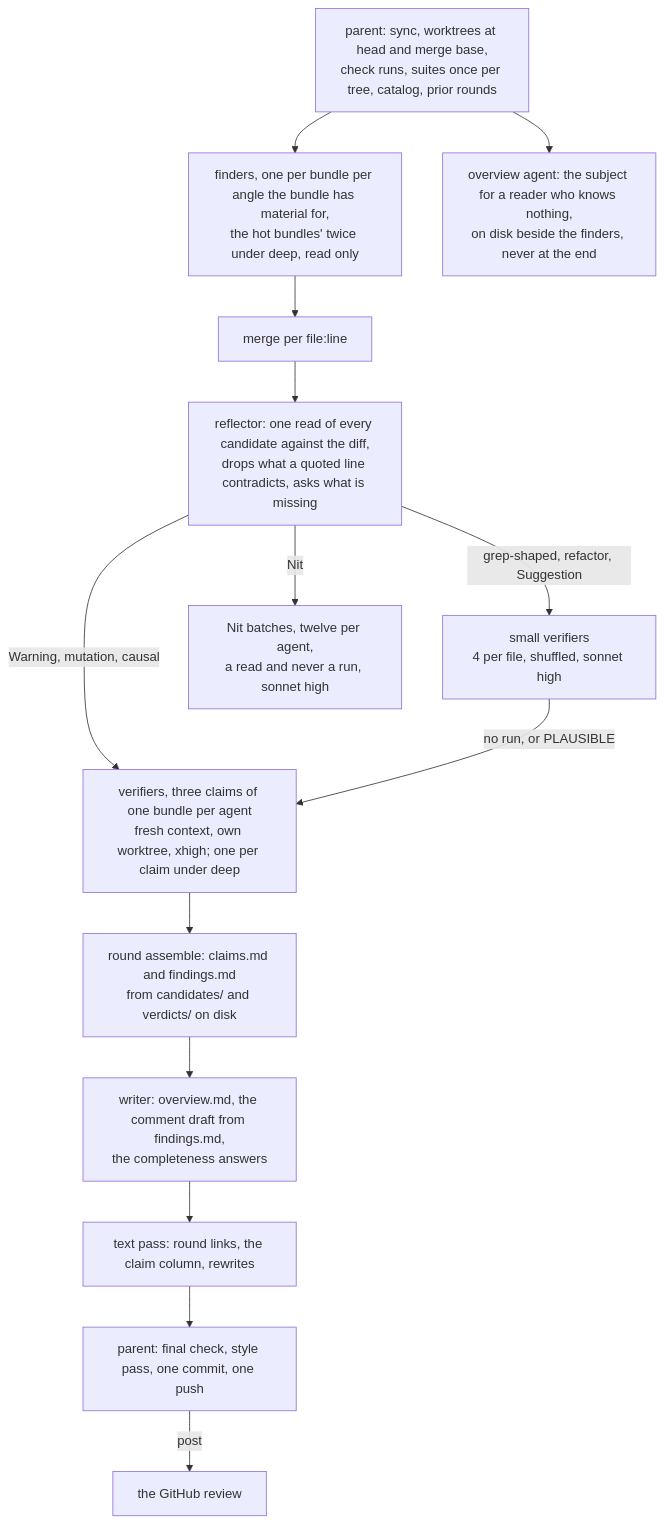
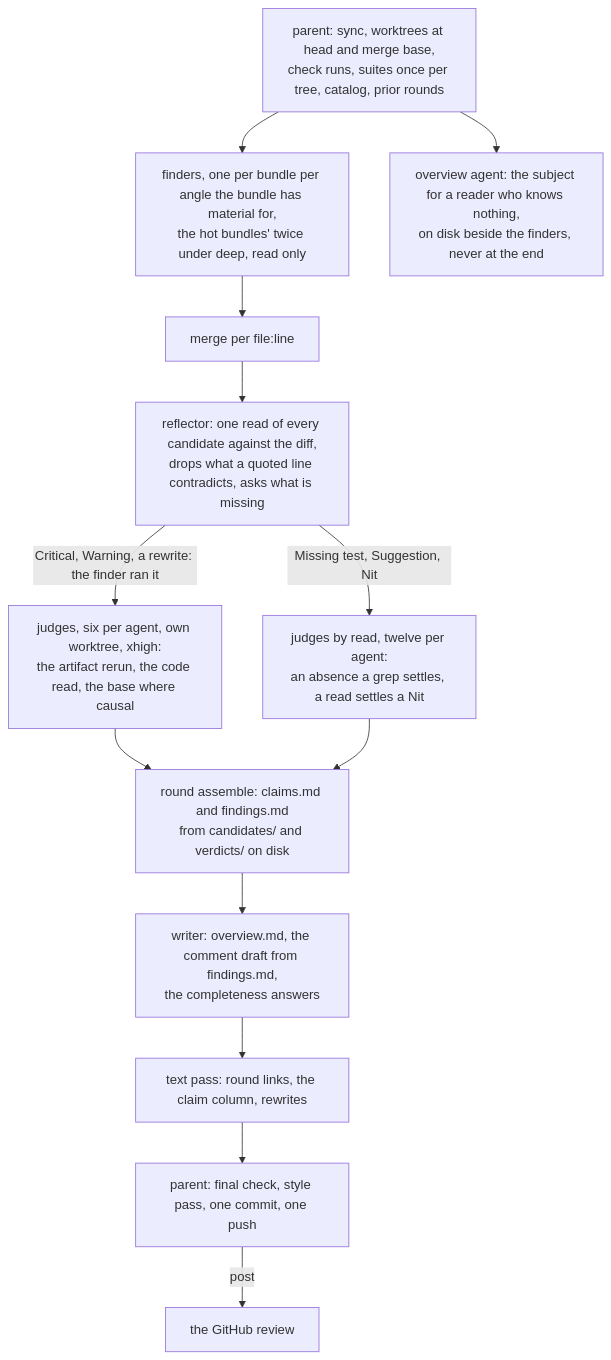
Before and after one commit to davd-gzl/skills: the diagram in README.md, drawn with Mermaid. The commit also changed other lines of this file and 2 other files, not shown here.

First line of the commit message:
review: the finder runs its own Warning checks and a judge decides

````diff
--- a/README.md
+++ b/README.md
@@ -101,16 +100,15 @@
 ```mermaid
 flowchart TD
   P[parent: sync, worktrees at head and merge base,<br/>check runs, suites once per tree, catalog, prior rounds] --> F
   P --> O[overview agent: the subject for a reader who knows nothing,<br/>on disk beside the finders, never at the end]
   F[finders, one per bundle per angle the bundle has material for,<br/>the hot bundles' twice under deep, read only] --> M[merge per file:line]
   M --> R[reflector: one read of every candidate against the diff,<br/>drops what a quoted line contradicts, asks what is missing]
-  R -->|Warning, mutation, causal| B[verifiers, three claims of one bundle per agent<br/>fresh context, own worktree, xhigh; one per claim under deep]
-  R -->|grep-shaped, refactor, Suggestion| S[small verifiers<br/>4 per file, shuffled, sonnet high]
-  R -->|Nit| N[Nit batches, twelve per agent,<br/>a read and never a run, sonnet high]
-  S -->|no run, or PLAUSIBLE| B
-  B --> A[round assemble: claims.md and findings.md<br/>from candidates/ and verdicts/ on disk]
+  R -->|Critical, Warning, a rewrite: the finder ran it| J[judges, six per agent, own worktree, xhigh:<br/>the artifact rerun, the code read, the base where causal]
+  R -->|Missing test, Suggestion, Nit| K[judges by read, twelve per agent:<br/>an absence a grep settles, a read settles a Nit]
+  J --> A[round assemble: claims.md and findings.md<br/>from candidates/ and verdicts/ on disk]
+  K --> A
   A --> W[writer: overview.md, the comment draft from findings.md,<br/>the completeness answers]
   W --> T[text pass: round links, the claim column, rewrites]
   T --> Q[parent: final check, style pass, one commit, one push]
   Q -->|post| G[the GitHub review]
 ```
````
